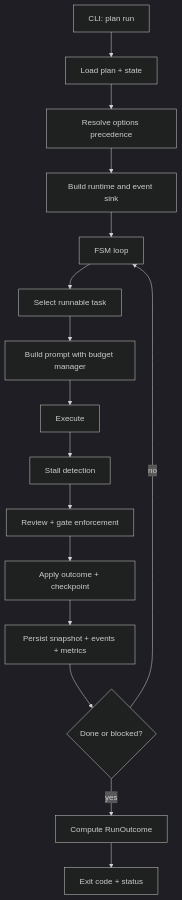
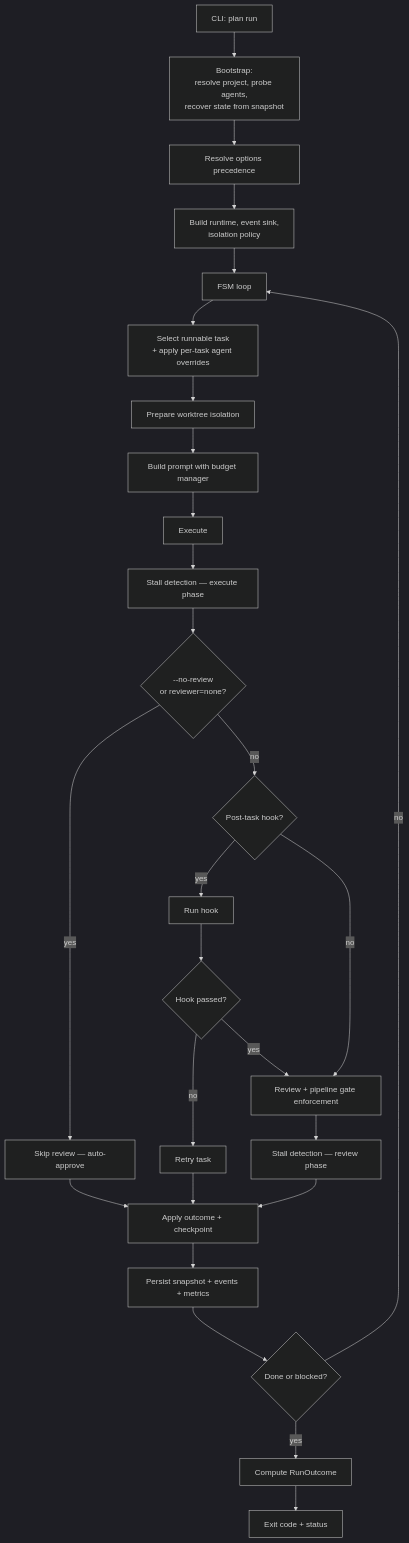
Before and after one commit to opus-domini/praetor: the third of 8 diagrams in docs/orchestration.md, drawn with Mermaid. The commit also changed other lines of this file and 1 other file, not shown here.

First line of the commit message:
fix: correct all orchestration diagrams against actual implementation

````diff
--- a/docs/orchestration.md
+++ b/docs/orchestration.md
@@ -241,22 +247,33 @@
 ```mermaid
 ---
 config:
   theme: dark
 ---
 flowchart TD
-    A[CLI: plan run] --> B[Load plan + state]
+    A[CLI: plan run] --> B[Bootstrap:<br>resolve project, probe agents,<br>recover state from snapshot]
     B --> C[Resolve options precedence]
-    C --> D[Build runtime and event sink]
+    C --> D[Build runtime, event sink,<br>isolation policy]
     D --> E[FSM loop]
-    E --> F[Select runnable task]
-    F --> G[Build prompt with budget manager]
-    G --> H[Execute]
-    H --> I[Stall detection]
-    I --> J[Review + gate enforcement]
-    J --> K[Apply outcome + checkpoint]
-    K --> L[Persist snapshot + events + metrics]
-    L --> M{Done or blocked?}
-    M -- no --> E
-    M -- yes --> N[Compute RunOutcome]
-    N --> O[Exit code + status]
+    E --> F[Select runnable task<br>+ apply per-task agent overrides]
+    F --> G[Prepare worktree isolation]
+    G --> H[Build prompt with budget manager]
+    H --> I[Execute]
+    I --> J[Stall detection — execute phase]
+    J --> K{--no-review<br>or reviewer=none?}
+    K -- yes --> Q[Skip review — auto-approve]
+    K -- no --> L{Post-task hook?}
+    L -- yes --> L2[Run hook]
+    L2 --> L3{Hook passed?}
+    L3 -- no --> R[Retry task]
+    L3 -- yes --> M[Review + pipeline gate enforcement]
+    L -- no --> M
+    M --> N[Stall detection — review phase]
+    N --> O[Apply outcome + checkpoint]
+    Q --> O
+    R --> O
+    O --> P[Persist snapshot + events + metrics]
+    P --> S{Done or blocked?}
+    S -- no --> E
+    S -- yes --> T[Compute RunOutcome]
+    T --> U[Exit code + status]
 ```
````
